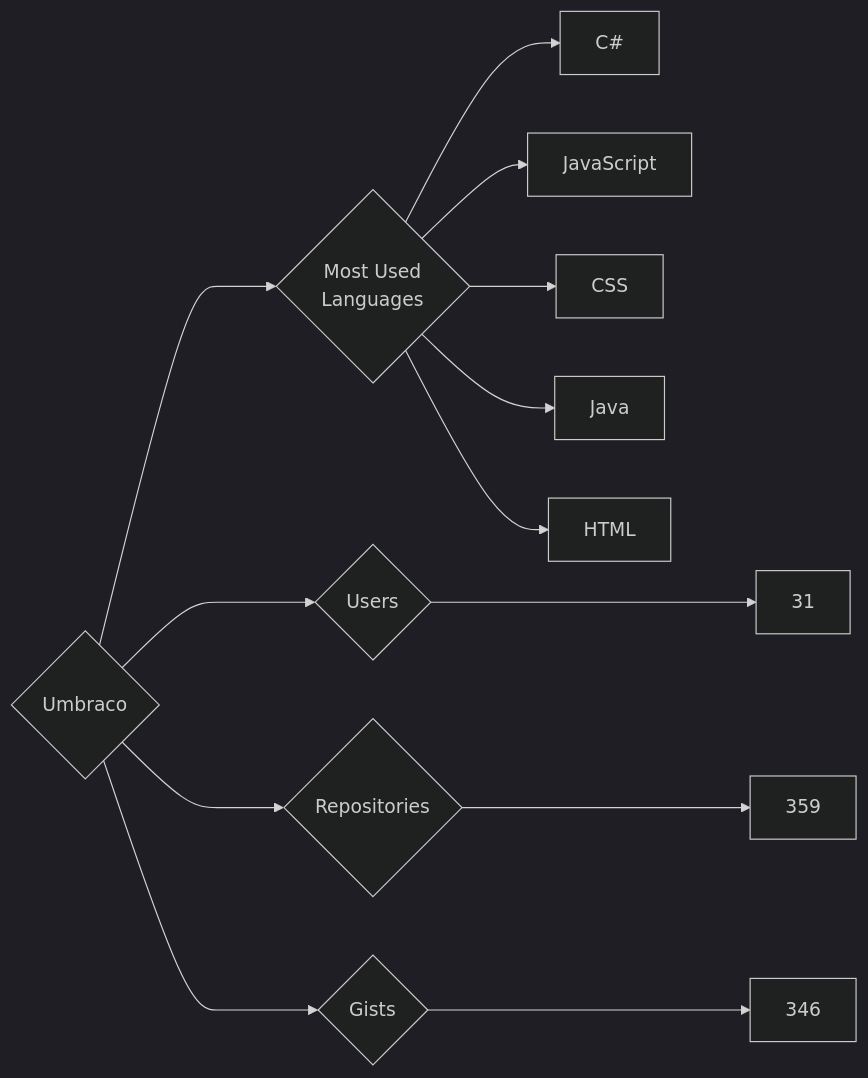
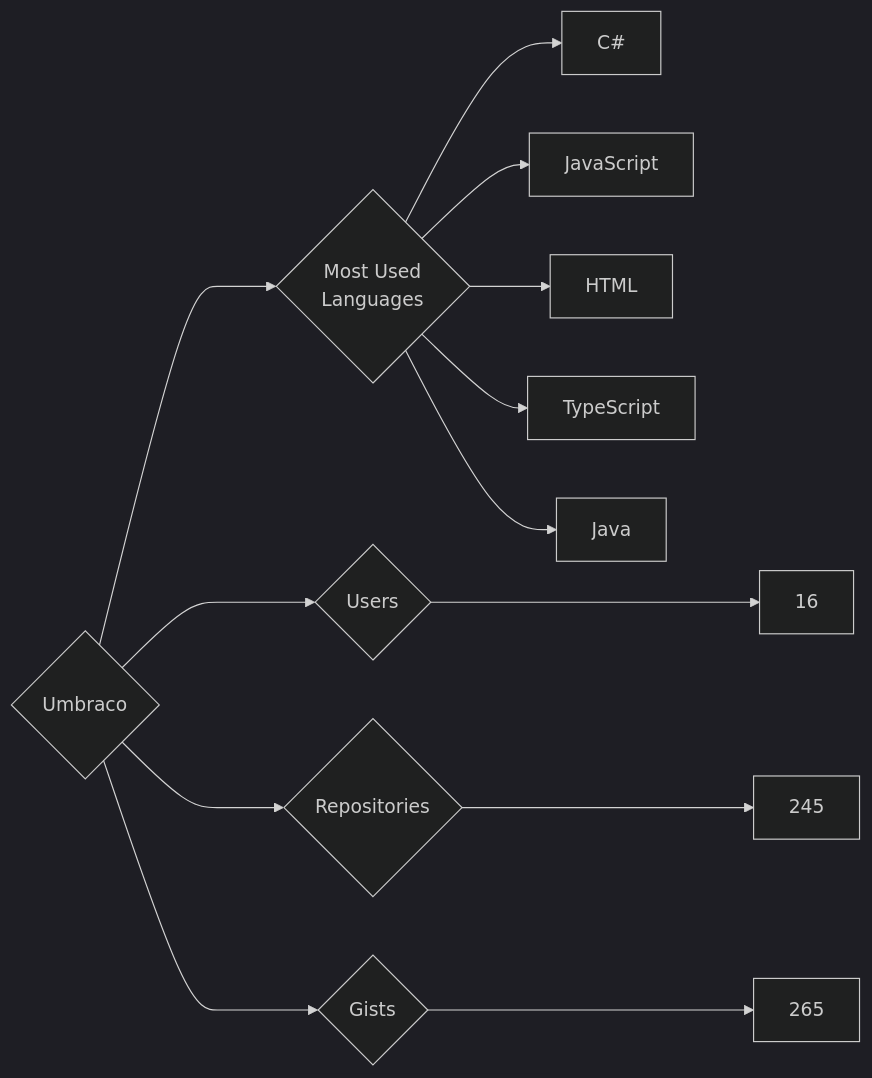
Before and after one commit to trickest/insiders: the diagram in targets/Umbraco/README.md, drawn with Mermaid (dark theme). The commit also changed 870 other files, not shown here.

````diff
--- a/targets/Umbraco/README.md
+++ b/targets/Umbraco/README.md
@@ -3,13 +3,13 @@
 ```mermaid
 graph LR
 COMPANY_NAME{Umbraco}
-COMPANY_NAME ---> U{Users} ---> UN[31]
-COMPANY_NAME ---> R{Repositories} ---> RN[359]
-COMPANY_NAME ---> G{Gists} ---> GN[346]
+COMPANY_NAME ---> U{Users} ---> UN[16]
+COMPANY_NAME ---> R{Repositories} ---> RN[245]
+COMPANY_NAME ---> G{Gists} ---> GN[265]
 COMPANY_NAME ---> ML{Most Used<br>Languages}
 ML --> C#[C#]
 ML --> JavaScript[JavaScript]
-ML --> CSS[CSS]
+ML --> HTML[HTML]
+ML --> TypeScript[TypeScript]
 ML --> Java[Java]
-ML --> HTML[HTML]
 ```
````
